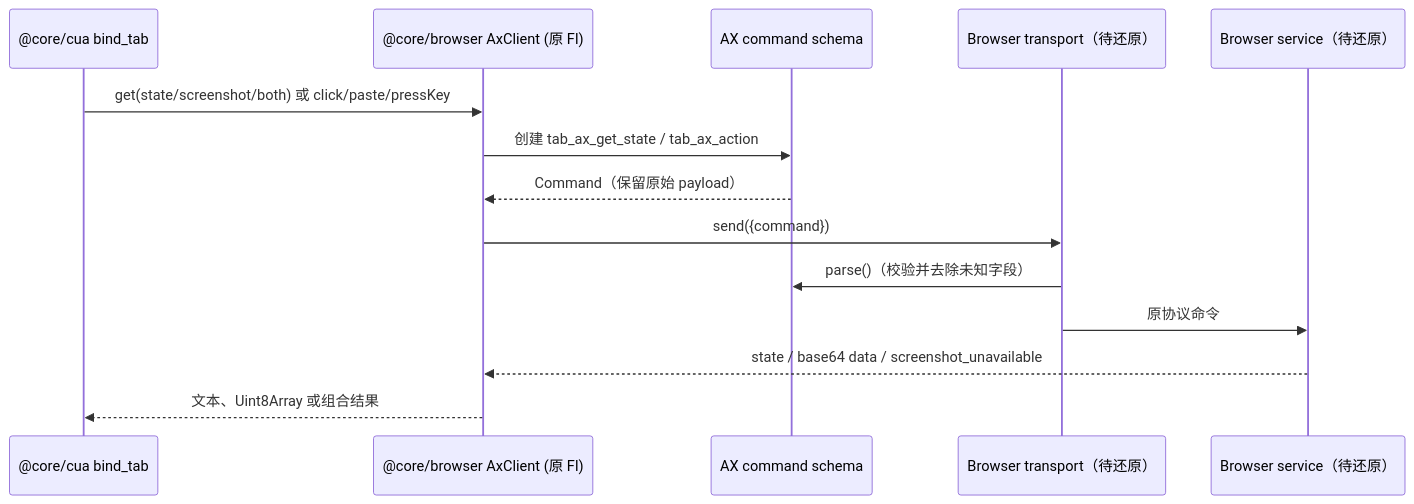
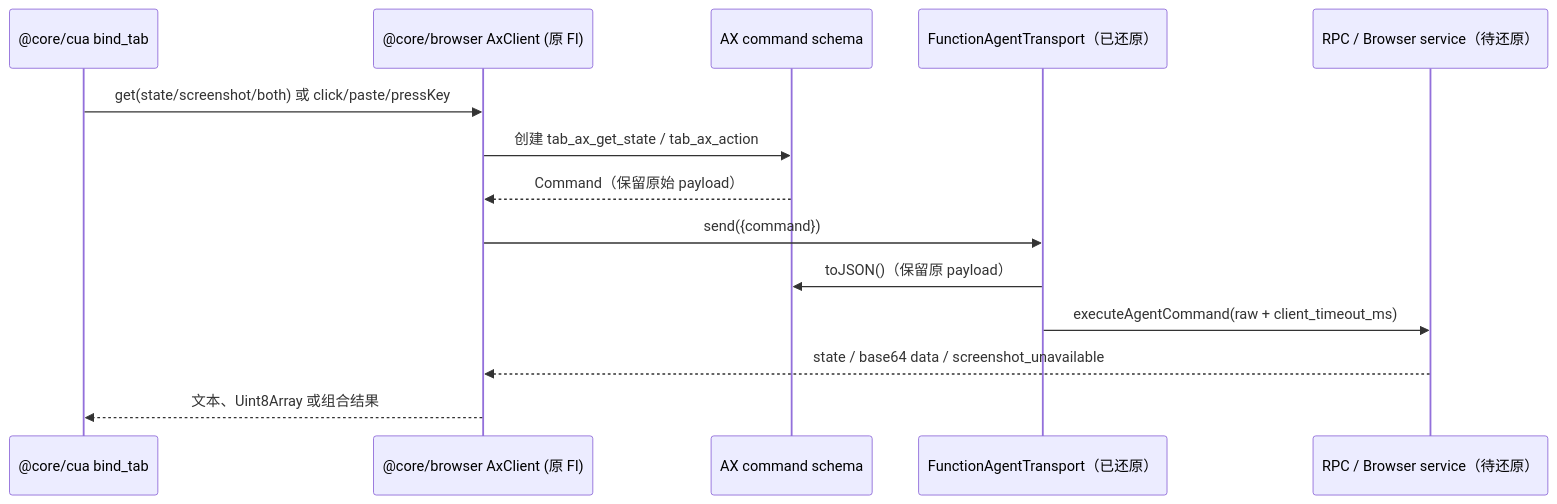
The diagram in reconstruction/README.md (vicksiyi/cua-kit), drawn with Mermaid before and after one commit. The commit also changed other lines of this file and 12 other files, not shown here.

Commit message:
feat: reconstruct browser transport display and collections

````diff
--- a/reconstruction/README.md
+++ b/reconstruction/README.md
@@ -66,16 +66,16 @@
 ```mermaid
 sequenceDiagram
   participant C as @core/cua bind_tab
   participant A as @core/browser AxClient (原 Fl)
   participant S as AX command schema
-  participant T as Browser transport（待还原）
-  participant B as Browser service（待还原）
+  participant T as FunctionAgentTransport（已还原）
+  participant B as RPC / Browser service（待还原）
   C->>A: get(state/screenshot/both) 或 click/paste/pressKey
   A->>S: 创建 tab_ax_get_state / tab_ax_action
   S-->>A: Command（保留原始 payload）
   A->>T: send({command})
-  T->>S: parse()（校验并去除未知字段）
-  T->>B: 原协议命令
+  T->>S: toJSON()（保留原 payload）
+  T->>B: executeAgentCommand(raw + client_timeout_ms)
   B-->>A: state / base64 data / screenshot_unavailable
   A-->>C: 文本、Uint8Array 或组合结果
 ```
````
